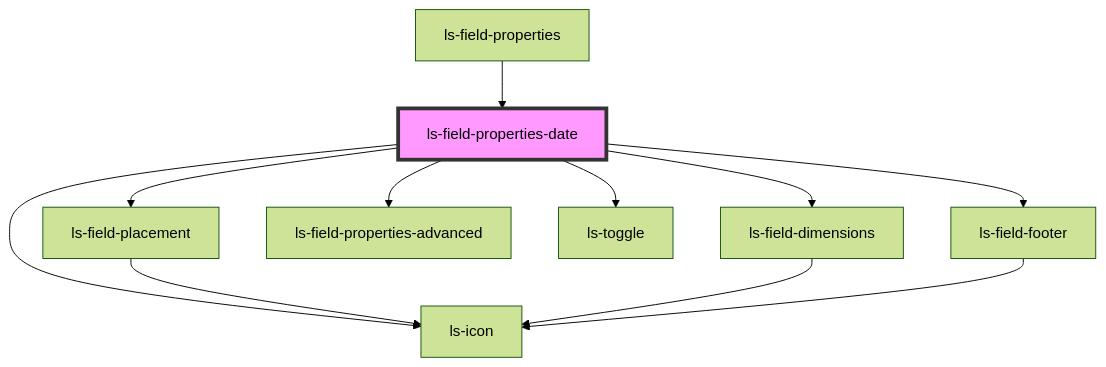
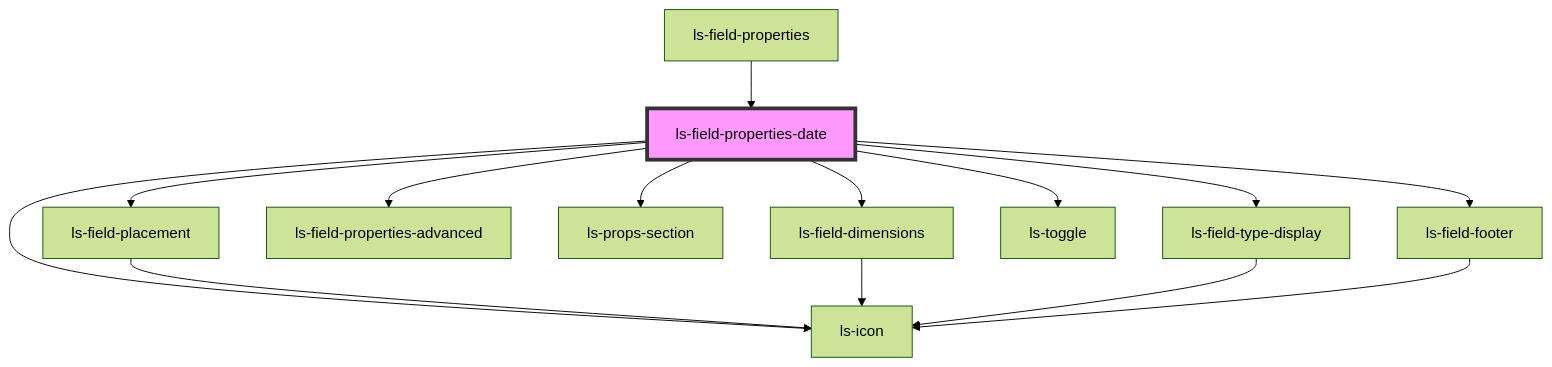
The diagram in src/components/ls-field-properties-date/readme.md (legalesign/ls-document-viewer), drawn with Mermaid (forest theme) before and after one commit. The commit also changed other lines of this file and 19 other files, not shown here.

````diff
--- a/src/components/ls-field-properties-date/readme.md
+++ b/src/components/ls-field-properties-date/readme.md
@@ -32,14 +34,17 @@
 ```mermaid
 graph TD;
   ls-field-properties-date --> ls-field-placement
   ls-field-properties-date --> ls-field-dimensions
   ls-field-properties-date --> ls-field-properties-advanced
+  ls-field-properties-date --> ls-props-section
+  ls-field-properties-date --> ls-field-type-display
+  ls-field-properties-date --> ls-toggle
   ls-field-properties-date --> ls-icon
-  ls-field-properties-date --> ls-toggle
   ls-field-properties-date --> ls-field-footer
   ls-field-placement --> ls-icon
   ls-field-dimensions --> ls-icon
+  ls-field-type-display --> ls-icon
   ls-field-footer --> ls-icon
   ls-field-properties --> ls-field-properties-date
   style ls-field-properties-date fill:#f9f,stroke:#333,stroke-width:4px
 ```
````
